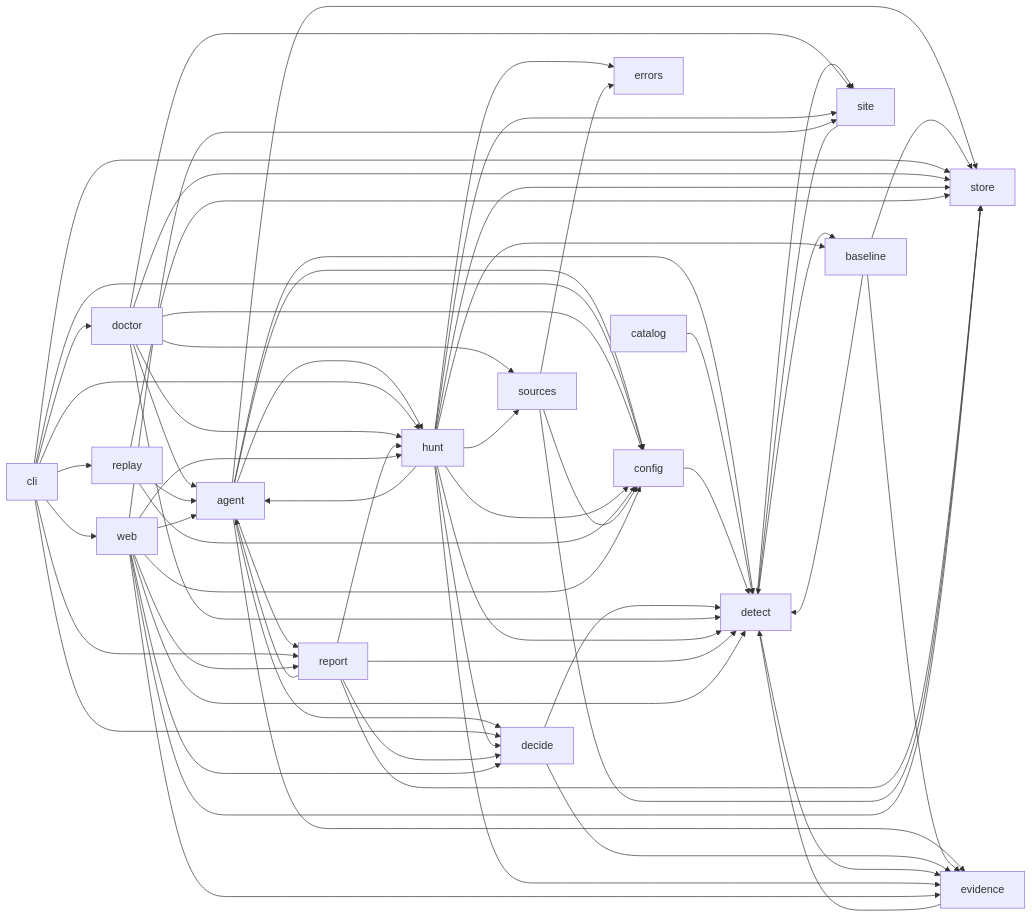
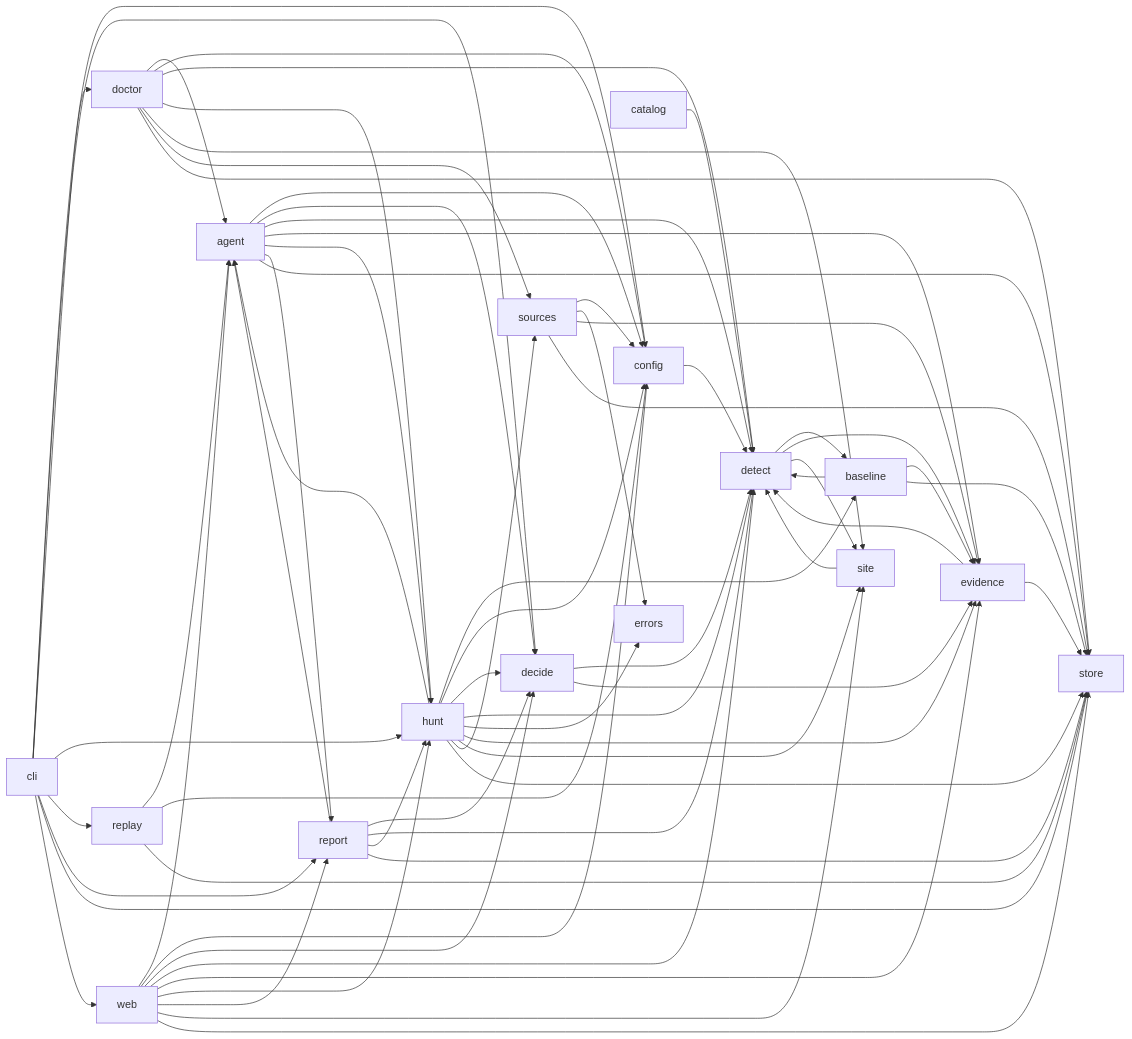
The diagram in docs/architecture/MODULE_MAP.md (nickthabib-cloud/ROMULUS), drawn with Mermaid before and after one commit. The commit also changed other lines of this file and 21 other files, not shown here.

````diff
--- a/docs/architecture/MODULE_MAP.md
+++ b/docs/architecture/MODULE_MAP.md
@@ -194,67 +198,69 @@
 ```mermaid
 graph LR
   agent --> config
   agent --> decide
   agent --> detect
   agent --> evidence
   agent --> hunt
   agent --> report
   agent --> store
   baseline --> detect
   baseline --> evidence
   baseline --> store
   catalog --> detect
   cli --> config
   cli --> decide
   cli --> doctor
   cli --> hunt
   cli --> replay
   cli --> report
   cli --> store
   cli --> web
   config --> detect
   decide --> detect
   decide --> evidence
   detect --> baseline
   detect --> evidence
   detect --> site
   doctor --> agent
   doctor --> config
   doctor --> detect
   doctor --> hunt
   doctor --> site
   doctor --> sources
   doctor --> store
   evidence --> detect
+  evidence --> store
   hunt --> agent
   hunt --> baseline
   hunt --> config
   hunt --> decide
   hunt --> detect
   hunt --> errors
   hunt --> evidence
   hunt --> site
   hunt --> sources
   hunt --> store
   replay --> agent
   replay --> config
   replay --> store
   report --> agent
   report --> decide
   report --> detect
   report --> hunt
   report --> store
   site --> detect
   sources --> config
   sources --> errors
+  sources --> evidence
   sources --> store
   web --> agent
   web --> config
   web --> decide
   web --> detect
   web --> evidence
   web --> hunt
   web --> report
   web --> site
   web --> store
 ```
````
